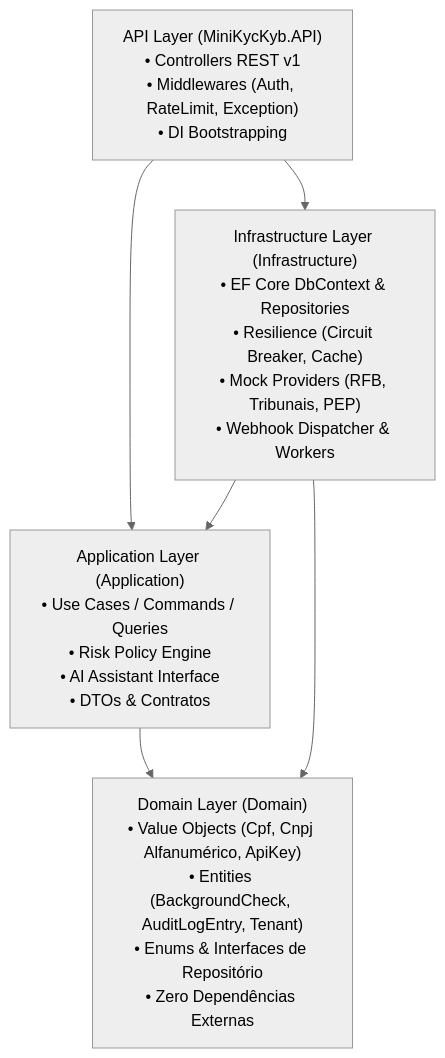
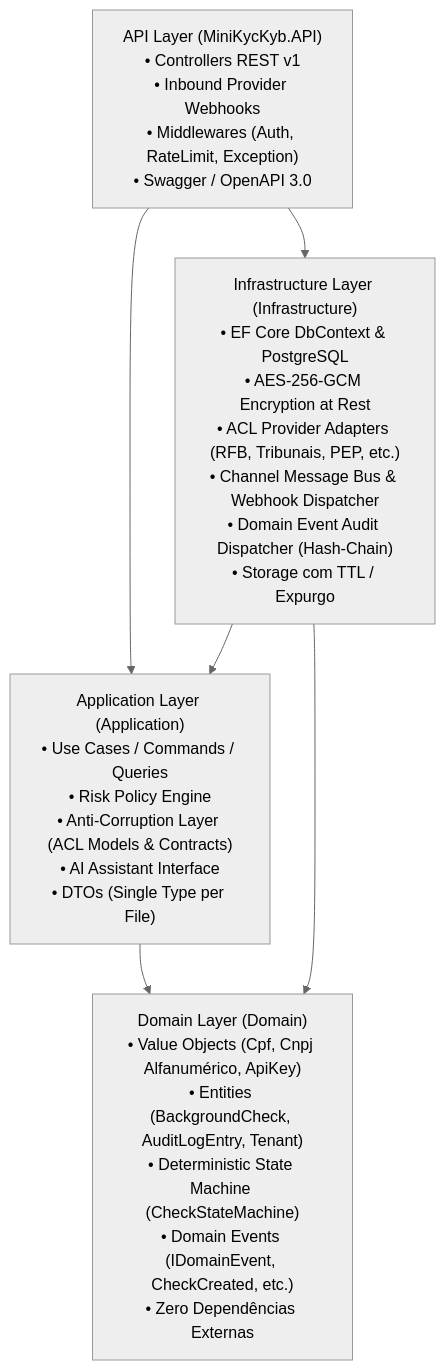
The first of 2 diagrams in docs/architecture/clean-architecture.md (marcoswferreira/kyc-kyb), drawn with Mermaid (neutral theme) before and after one commit. The commit also changed other lines of this file and 7 other files, not shown here.

````diff
--- a/docs/architecture/clean-architecture.md
+++ b/docs/architecture/clean-architecture.md
@@ -9,13 +9,13 @@
 ```mermaid
 flowchart TD
-    API["API Layer (MiniKycKyb.API)\n• Controllers REST v1\n• Middlewares (Auth, RateLimit, Exception)\n• DI Bootstrapping"]
-    APP["Application Layer (Application)\n• Use Cases / Commands / Queries\n• Risk Policy Engine\n• AI Assistant Interface\n• DTOs & Contratos"]
-    INFRA["Infrastructure Layer (Infrastructure)\n• EF Core DbContext & Repositories\n• Resilience (Circuit Breaker, Cache)\n• Mock Providers (RFB, Tribunais, PEP)\n• Webhook Dispatcher & Workers"]
-    DOM["Domain Layer (Domain)\n• Value Objects (Cpf, Cnpj Alfanumérico, ApiKey)\n• Entities (BackgroundCheck, AuditLogEntry, Tenant)\n• Enums & Interfaces de Repositório\n• Zero Dependências Externas"]
+    API["API Layer (MiniKycKyb.API)\n• Controllers REST v1\n• Inbound Provider Webhooks\n• Middlewares (Auth, RateLimit, Exception)\n• Swagger / OpenAPI 3.0"]
+    APP["Application Layer (Application)\n• Use Cases / Commands / Queries\n• Risk Policy Engine\n• Anti-Corruption Layer (ACL Models & Contracts)\n• AI Assistant Interface\n• DTOs (Single Type per File)"]
+    INFRA["Infrastructure Layer (Infrastructure)\n• EF Core DbContext & PostgreSQL\n• AES-256-GCM Encryption at Rest\n• ACL Provider Adapters (RFB, Tribunais, PEP, etc.)\n• Channel Message Bus & Webhook Dispatcher\n• Domain Event Audit Dispatcher (Hash-Chain)\n• Storage com TTL / Expurgo"]
+    DOM["Domain Layer (Domain)\n• Value Objects (Cpf, Cnpj Alfanumérico, ApiKey)\n• Entities (BackgroundCheck, AuditLogEntry, Tenant)\n• Deterministic State Machine (CheckStateMachine)\n• Domain Events (IDomainEvent, CheckCreated, etc.)\n• Zero Dependências Externas"]
 
     API --> APP
     API --> INFRA
     APP --> DOM
     INFRA --> DOM
     INFRA --> APP
 ```
````
